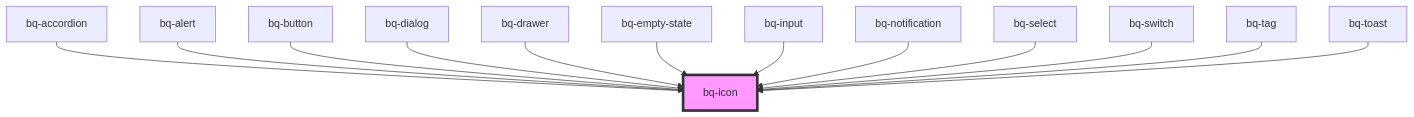
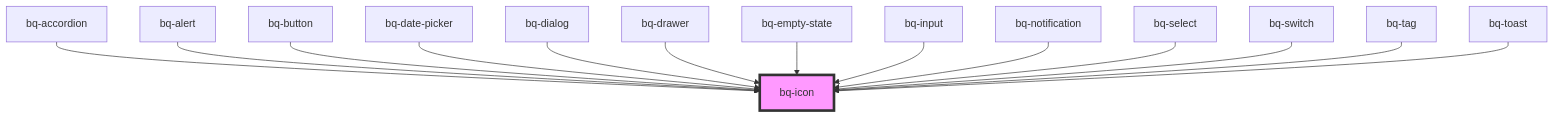
One commit to Endava/BEEQ changed the diagram in packages/beeq/src/components/icon/readme.md. Above: the diagram before and after it, drawn with Mermaid. The commit also changed other lines of this file and 9 other files, not shown here.

Commit message:
feat(Date Picker): add logic for basic functionality

````diff
--- a/packages/beeq/src/components/icon/readme.md
+++ b/packages/beeq/src/components/icon/readme.md
@@ -55,16 +56,17 @@
 ```mermaid
 graph TD;
   bq-accordion --> bq-icon
   bq-alert --> bq-icon
   bq-button --> bq-icon
+  bq-date-picker --> bq-icon
   bq-dialog --> bq-icon
   bq-drawer --> bq-icon
   bq-empty-state --> bq-icon
   bq-input --> bq-icon
   bq-notification --> bq-icon
   bq-select --> bq-icon
   bq-switch --> bq-icon
   bq-tag --> bq-icon
   bq-toast --> bq-icon
   style bq-icon fill:#f9f,stroke:#333,stroke-width:4px
 ```
````
